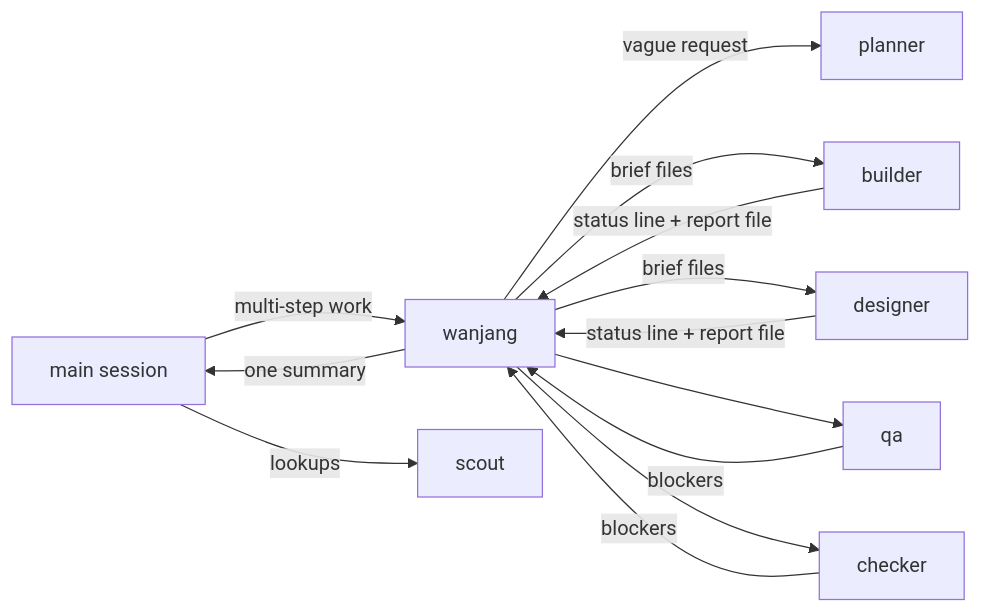
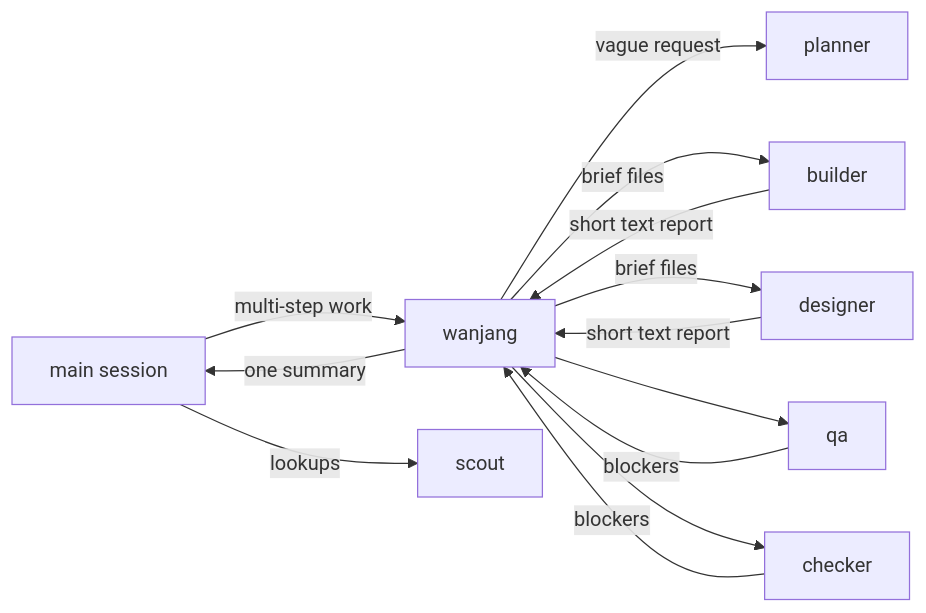
Before and after one commit to levx-me/wanjang: the diagram in README.md, drawn with Mermaid. The commit also changed other lines of this file and 11 other files, not shown here.

First line of the commit message:
Split big layers into parallel file groups; workers return short text

````diff
--- a/README.md
+++ b/README.md
@@ -51,13 +51,13 @@
 ```mermaid
 flowchart LR
   main[main session] -->|multi-step work| W[wanjang]
   main -->|lookups| S[scout]
   W -->|vague request| P[planner]
   W -->|brief files| B[builder]
   W -->|brief files| D[designer]
-  B & D -->|status line + report file| W
+  B & D -->|short text report| W
   W --> Q[qa]
   W --> C[checker]
   Q & C -->|blockers| W
   W -->|one summary| main
 ```
````
